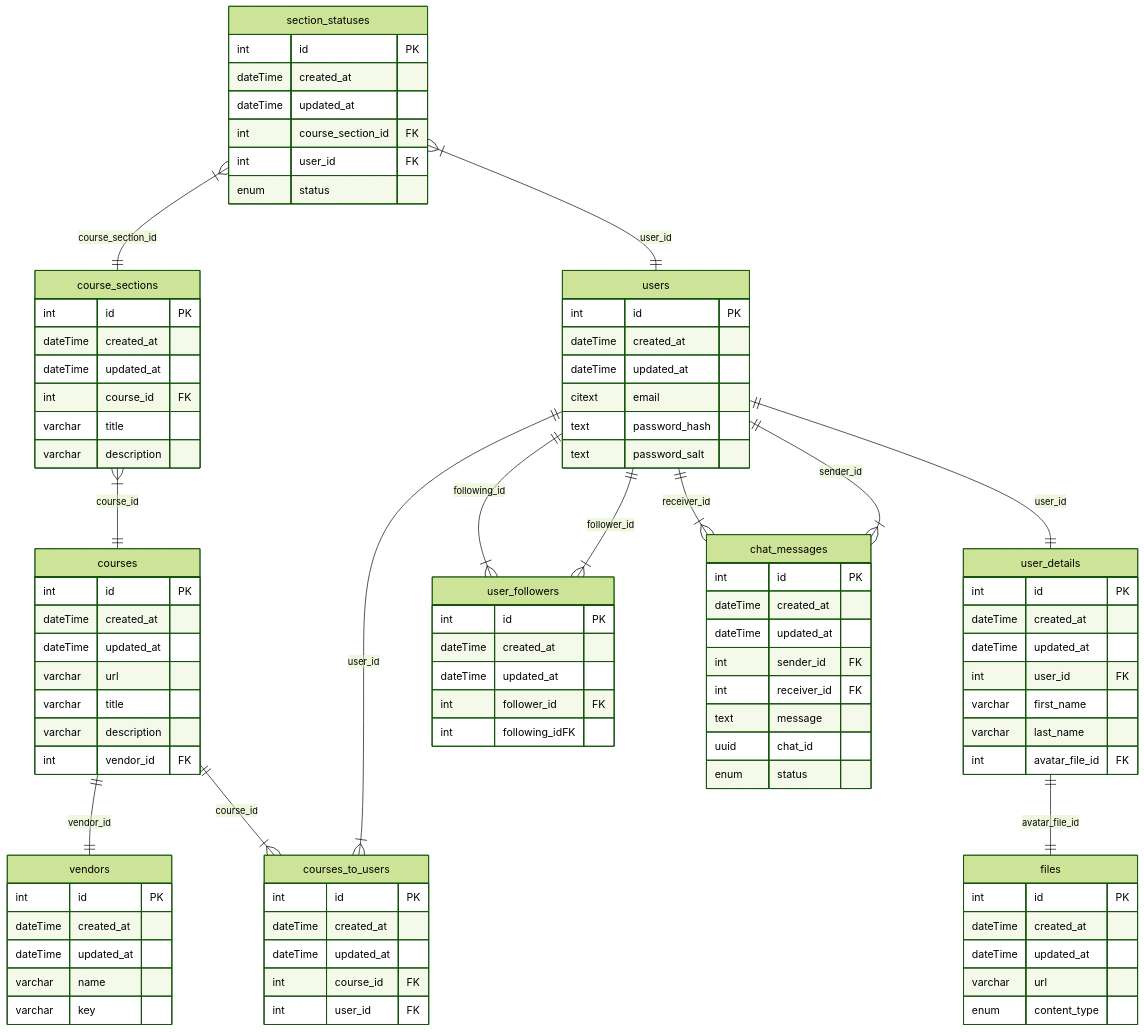
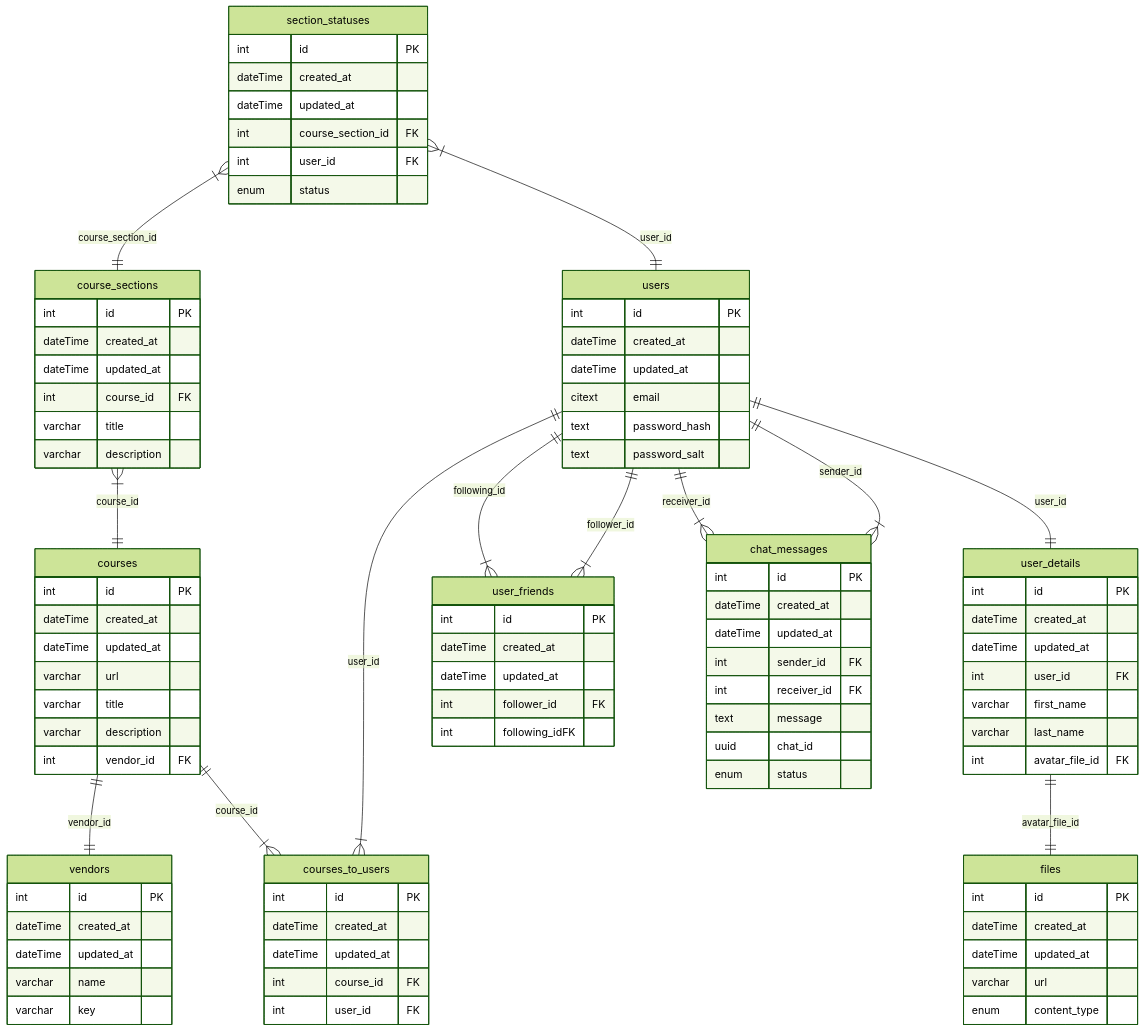
One commit to BinaryStudioAcademy/bsa-winter-2023-2024-trackmates changed the diagram in readme.md. Above: the diagram before and after it, drawn with Mermaid (forest theme). The commit also changed 2 other files, not shown here.

Commit message:
fix(backend, shared): rename table to friend and update shema tm-39

```diff
--- a/readme.md
+++ b/readme.md
@@ -88,7 +88,7 @@
     enum status
    }
 
-   user_followers {
+   user_friends {
     int id PK
     dateTime created_at
     dateTime updated_at
@@ -118,8 +118,8 @@
    users ||--|| user_details : user_id
    user_details ||--|| files : avatar_file_id
 
-   users ||--|{ user_followers : follower_id
-   users ||--|{ user_followers : following_id
+   users ||--|{ user_friends : follower_id
+   users ||--|{ user_friends : following_id
 
    users ||--|{ chat_messages : sender_id
    users ||--|{ chat_messages : receiver_id
```
